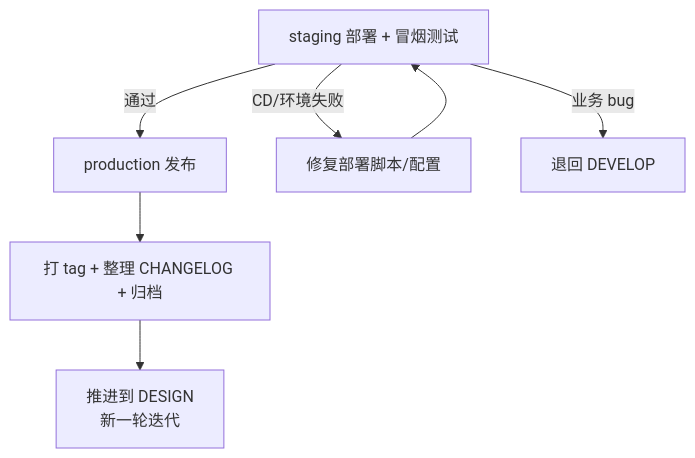
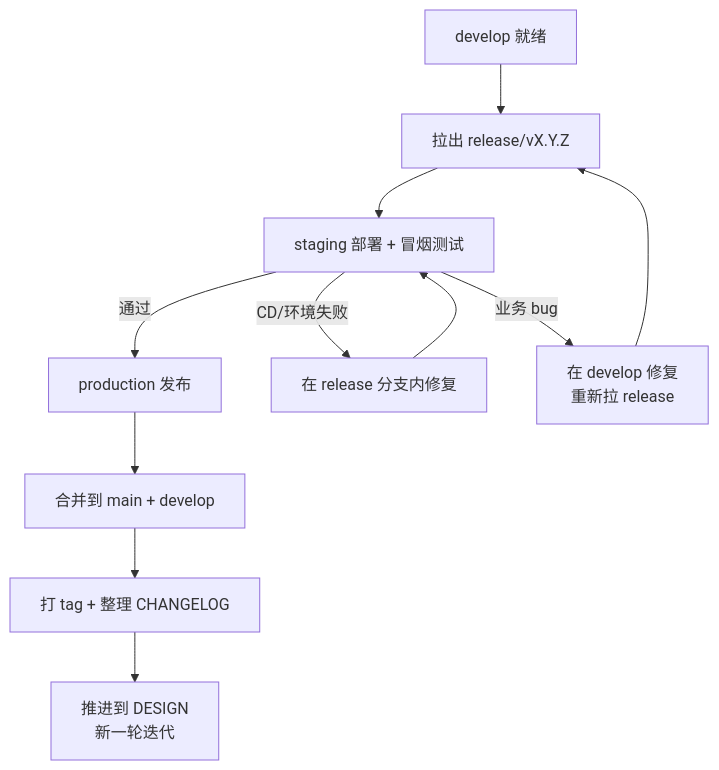
One commit to vlln/devloop changed the diagram in skills/devloop/references/phase-release.md. Above: the diagram before and after it, drawn with Mermaid. The commit also changed other lines of this file and 9 other files, not shown here.

````diff
--- a/skills/devloop/references/phase-release.md
+++ b/skills/devloop/references/phase-release.md
@@ -7,9 +7,13 @@
 ```mermaid
 flowchart TD
-    STG[staging 部署 + 冒烟测试] -->|通过| PROD[production 发布]
-    STG -->|CD/环境失败| FIX[修复部署脚本/配置]
+    DEV[develop 就绪] --> REL[拉出 release/vX.Y.Z]
+    REL --> STG[staging 部署 + 冒烟测试]
+    STG -->|通过| PROD[production 发布]
+    STG -->|CD/环境失败| FIX[在 release 分支内修复]
     FIX --> STG
-    STG -->|业务 bug| DEV[退回 DEVELOP]
-    PROD --> TAG[打 tag + 整理 CHANGELOG + 归档]
+    STG -->|业务 bug| DEV2[在 develop 修复<br/>重新拉 release]
+    DEV2 --> REL
+    PROD --> MERGE[合并到 main + develop]
+    MERGE --> TAG[打 tag + 整理 CHANGELOG]
     TAG --> DONE[推进到 DESIGN<br/>新一轮迭代]
 ```
````
